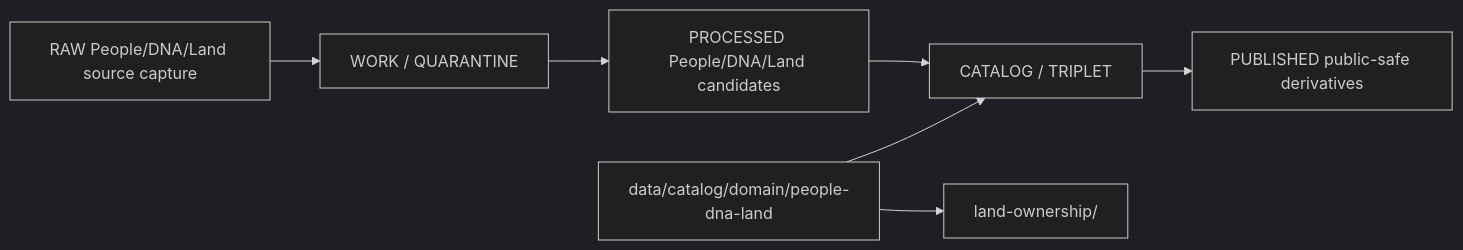
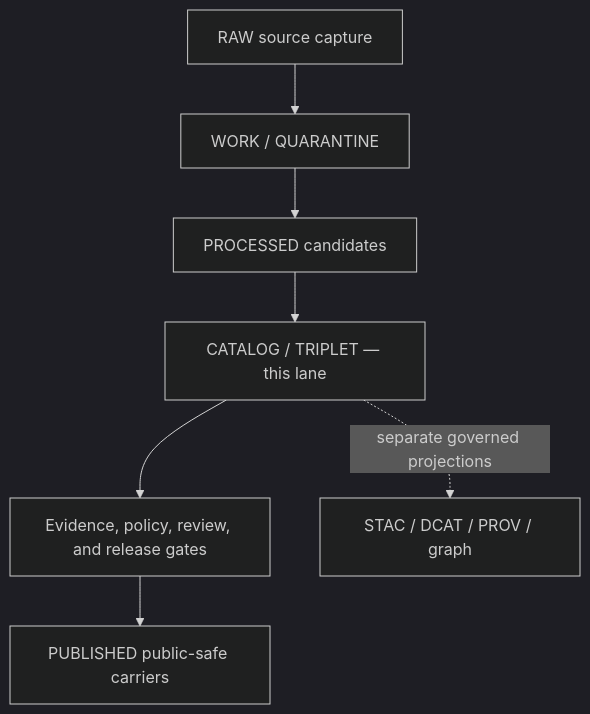
The diagram in data/catalog/domain/people-dna-land/README.md (bartytime4life/Kansas-Frontier-Matrix), drawn with Mermaid (dark theme) before and after one commit. The commit also changed other lines of this file, not shown here.

Commit message:
docs(people-dna-land): modernize domain catalog README

````diff
--- a/data/catalog/domain/people-dna-land/README.md
+++ b/data/catalog/domain/people-dna-land/README.md
@@ -75,9 +332,9 @@
 ```mermaid
-flowchart LR
-  RAW[RAW People/DNA/Land source capture] --> WORK[WORK / QUARANTINE]
-  WORK --> PROCESSED[PROCESSED People/DNA/Land candidates]
-  PROCESSED --> CATALOG[CATALOG / TRIPLET]
-  CATALOG --> PUBLISHED[PUBLISHED public-safe derivatives]
-  DOMAIN[data/catalog/domain/people-dna-land] --> CATALOG
-  DOMAIN --> LAND[land-ownership/]
+flowchart TD
+  RAW["RAW source capture"] --> HELD["WORK / QUARANTINE"]
+  HELD --> PROCESSED["PROCESSED candidates"]
+  PROCESSED --> CATALOG["CATALOG / TRIPLET — this lane"]
+  CATALOG --> GATES["Evidence, policy, review, and release gates"]
+  GATES --> PUBLISHED["PUBLISHED public-safe carriers"]
+  CATALOG -. "separate governed projections" .-> PROJECTIONS["STAC / DCAT / PROV / graph"]
 ```
````
